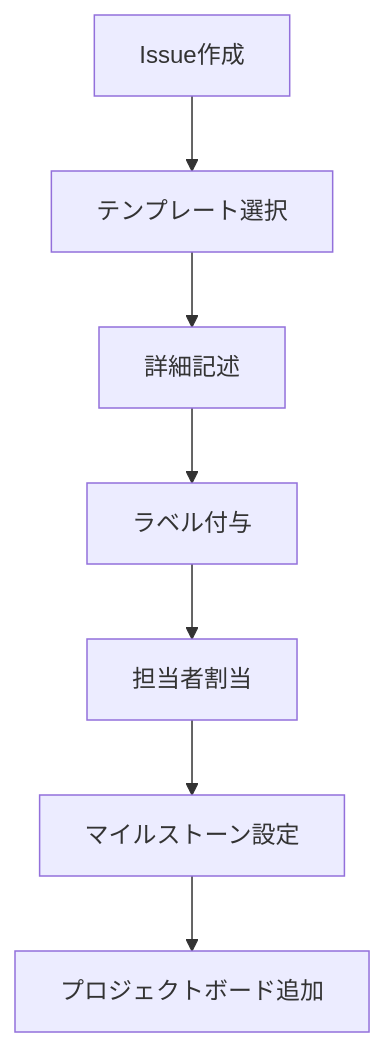
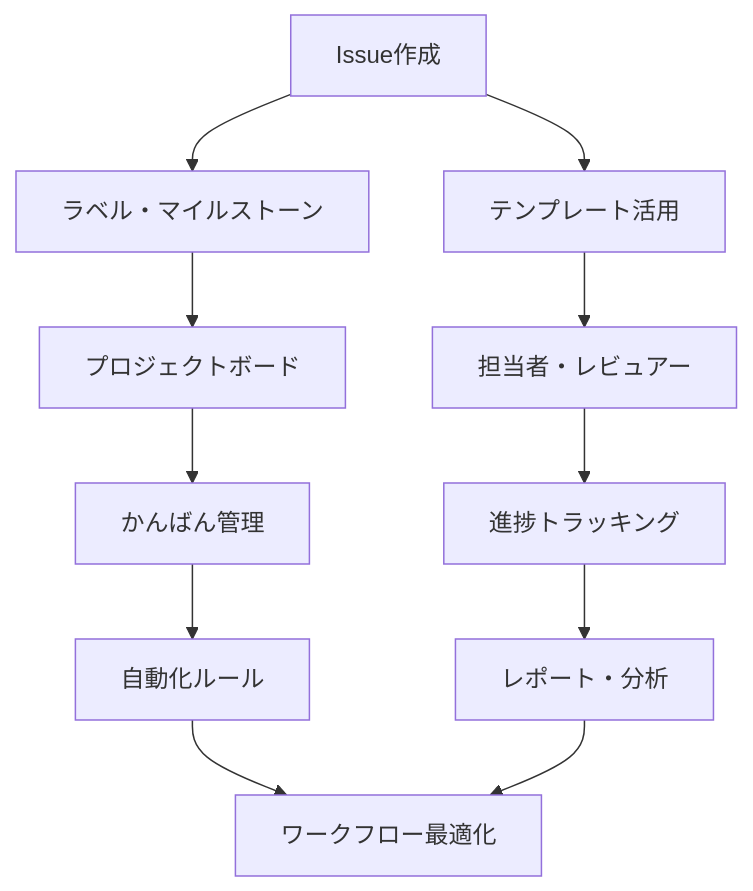
The third of 17 diagrams in docs/public/github/github-mastery-guide.md (office8-inc/knowledge-management), drawn with Mermaid before and after one commit. The commit also changed other lines of this file and 2 other files, not shown here.

````diff
--- a/docs/public/github/github-mastery-guide.md
+++ b/docs/public/github/github-mastery-guide.md
@@ -128,9 +200,13 @@
 ```mermaid
 flowchart TD
-    A[Issue作成] --> B[テンプレート選択]
-    B --> C[詳細記述]
-    C --> D[ラベル付与]
-    D --> E[担当者割当]
-    E --> F[マイルストーン設定]
-    F --> G[プロジェクトボード追加]
+    A[Issue作成] --> B[ラベル・マイルストーン]
+    A --> C[テンプレート活用]
+    B --> D[プロジェクトボード]
+    C --> E[担当者・レビュアー]
+    D --> F[かんばん管理]
+    E --> G[進捗トラッキング]
+    F --> H[自動化ルール]
+    G --> I[レポート・分析]
+    H --> J[ワークフロー最適化]
+    I --> J
 ```
````
